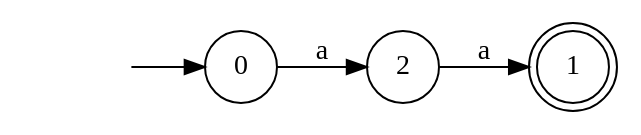
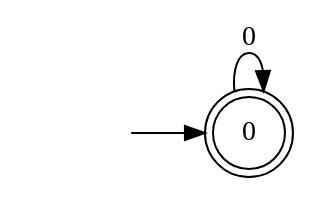
Before and after one commit to Faymiaouent/Automa4U: the diagram in dotfiles/DFA22.dot, drawn with Graphviz. The commit also changed 100 other files, not shown here.

```diff
--- a/dotfiles/DFA22.dot
+++ b/dotfiles/DFA22.dot
@@ -1,10 +1,7 @@
 digraph Automaton {
   rankdir = LR;
-node [shape=circle];
+0 [shape=doublecircle]; 
   initial [shape=plaintext,label=""];
   initial -> 0
-  0 -> 2 [label="a"];
-1 [shape=doublecircle]; 
-node [shape=circle];
-  2 -> 1 [label="a"];
+  0 -> 0 [label="0"];
 }
```
